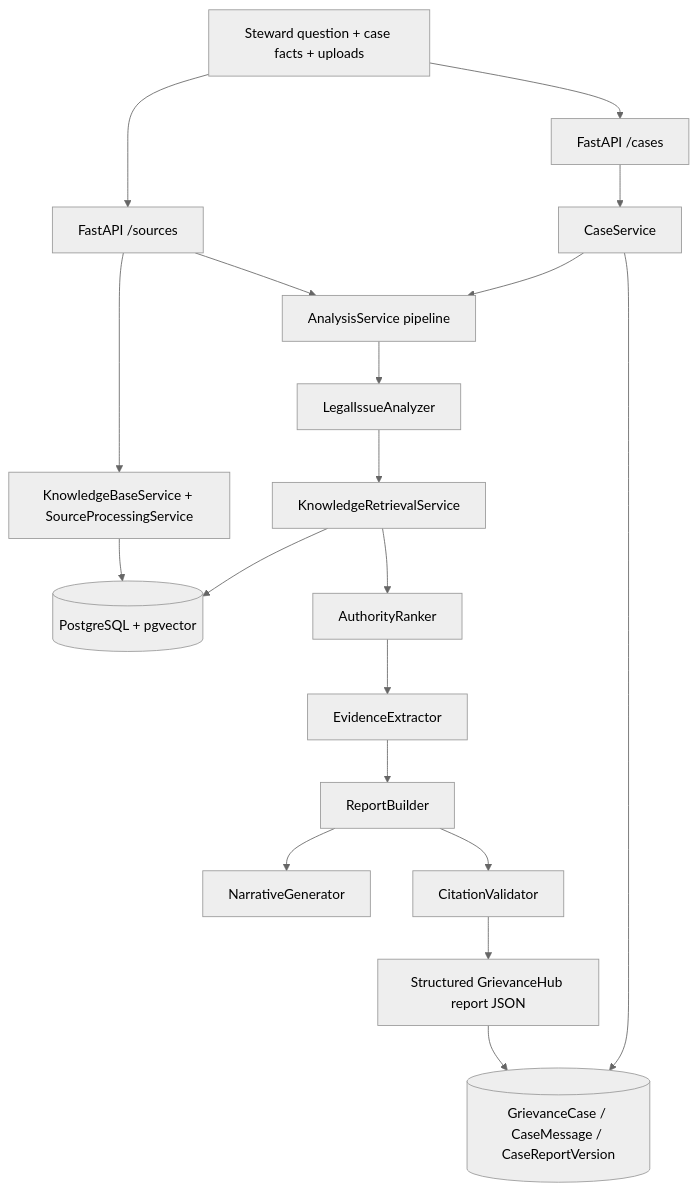
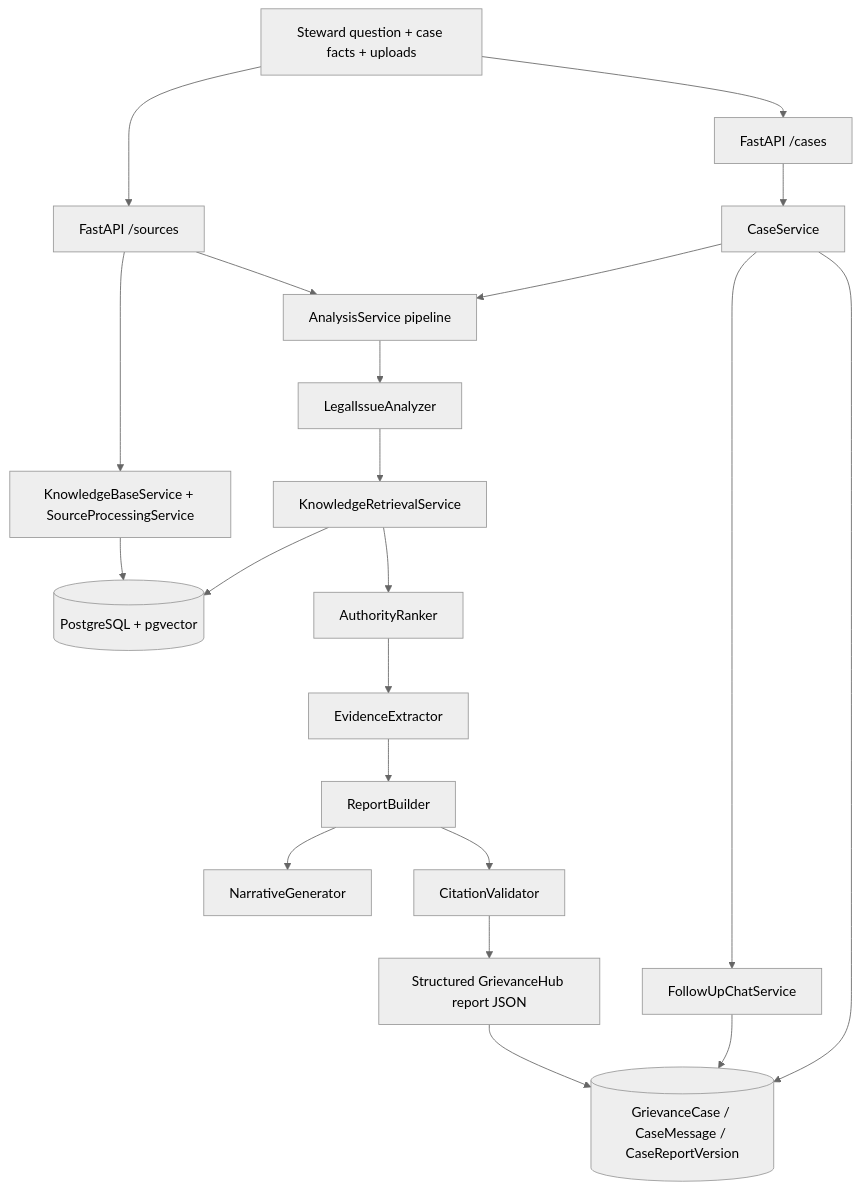
Before and after one commit to tlollar28/GrievanceHub: the diagram in PROJECT_STATE.md, drawn with Mermaid (neutral theme). The commit also changed other lines of this file and 8 other files, not shown here.

````diff
--- a/PROJECT_STATE.md
+++ b/PROJECT_STATE.md
@@ -7,21 +7,23 @@
 ```mermaid
 flowchart TD
     User[Steward question + case facts + uploads] --> CasesAPI[FastAPI /cases]
     User --> SourcesAPI[FastAPI /sources]
     CasesAPI --> CaseSvc[CaseService]
     CaseSvc --> Analysis[AnalysisService pipeline]
     SourcesAPI --> Analysis
     Analysis --> LIA[LegalIssueAnalyzer]
     LIA --> KRS[KnowledgeRetrievalService]
     KRS --> PG[(PostgreSQL + pgvector)]
     KRS --> AR[AuthorityRanker]
     AR --> EE[EvidenceExtractor]
     EE --> RB[ReportBuilder]
     RB --> NG[NarrativeGenerator]
     RB --> CV[CitationValidator]
     CV --> ReportJSON[Structured GrievanceHub report JSON]
     CaseSvc --> CaseDB[(GrievanceCase / CaseMessage / CaseReportVersion)]
+    CaseSvc --> FollowUp[FollowUpChatService]
+    FollowUp --> CaseDB
     ReportJSON --> CaseDB
     SourcesAPI --> KB[KnowledgeBaseService + SourceProcessingService]
     KB --> PG
 ```
````
